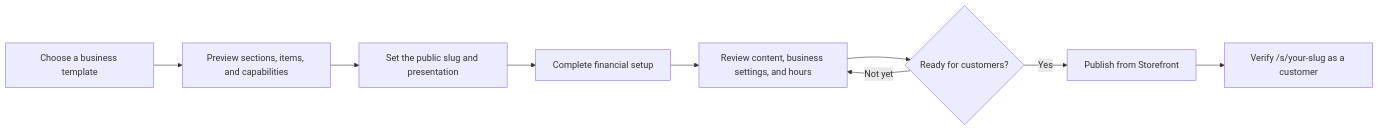
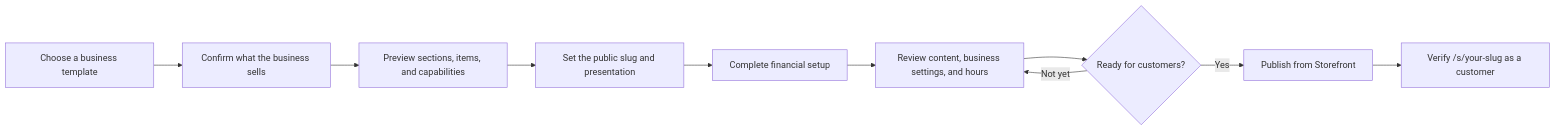
The diagram in docs/user-guide/storefront/setup-and-launch.md (OpenDigitalProductFactory/opendigitalproductfactory), drawn with Mermaid before and after one commit. The commit also changed other lines of this file and 35 other files, not shown here.

Commit message:
feat: capture business product mix during setup

````diff
--- a/docs/user-guide/storefront/setup-and-launch.md
+++ b/docs/user-guide/storefront/setup-and-launch.md
@@ -33,11 +33,12 @@
 ```mermaid
 flowchart LR
-    A["Choose a business template"] --> B["Preview sections, items, and capabilities"]
-    B --> C["Set the public slug and presentation"]
-    C --> D["Complete financial setup"]
-    D --> E["Review content, business settings, and hours"]
-    E --> F{"Ready for customers?"}
-    F -- "Not yet" --> E
-    F -- "Yes" --> G["Publish from Storefront"]
-    G --> H["Verify /s/your-slug as a customer"]
+    A["Choose a business template"] --> B["Confirm what the business sells"]
+    B --> C["Preview sections, items, and capabilities"]
+    C --> D["Set the public slug and presentation"]
+    D --> E["Complete financial setup"]
+    E --> F["Review content, business settings, and hours"]
+    F --> G{"Ready for customers?"}
+    G -- "Not yet" --> F
+    G -- "Yes" --> H["Publish from Storefront"]
+    H --> I["Verify /s/your-slug as a customer"]
 ```
````
